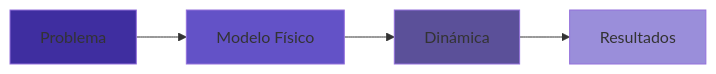
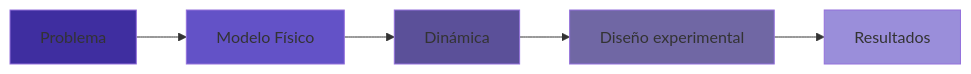
Before and after one commit to NaTHuber/MaxCut-Ising-Annealing: the first of 4 diagrams in docs/notes.md, drawn with Mermaid. The commit also changed other lines of this file, not shown here.

Commit message:
[add]: Añado ideas principales del diseño experimental

````diff
--- a/docs/notes.md
+++ b/docs/notes.md
@@ -9,15 +9,18 @@
 ```mermaid
     graph LR
     A[Problema]
     B[Modelo Físico]
     C[Dinámica]
-    D[Resultados]
+    D[Diseño experimental]
+    E[Resultados]
     A --> B
     B --> C
     C --> D
+    D --> E
 
     style A fill: #3f2ea0ff
     style B fill: #6352c7ff
     style C fill: #5b5099ff
-    style D fill: #9a8edaff
+    style D fill: #7067a4ff
+    style E fill: #9a8edaff
 ```
````
